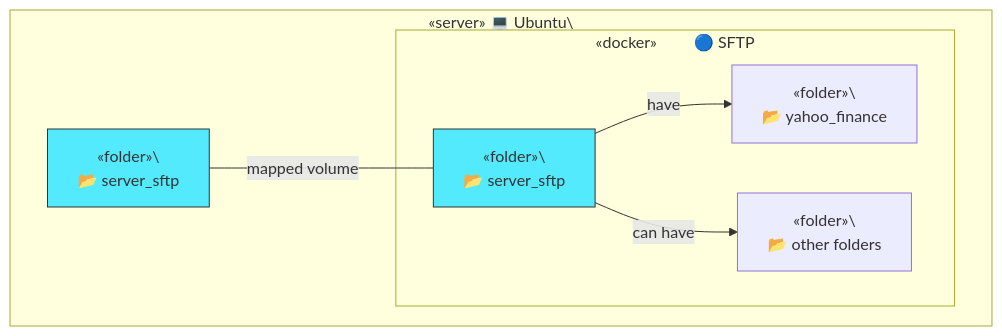
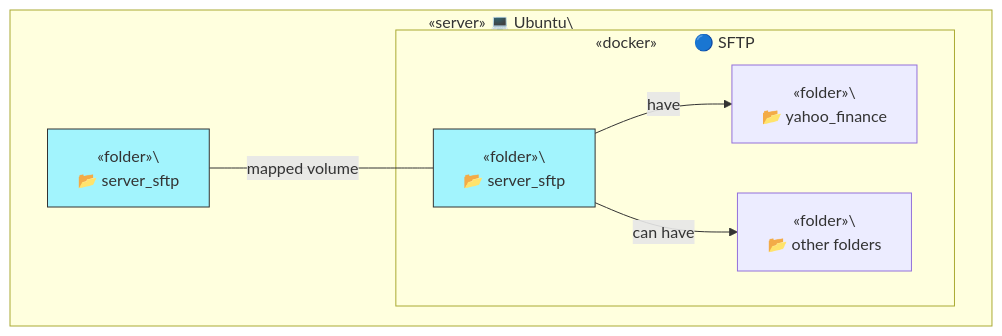
One commit to TrulyDigital/DATA_STREET changed the third of 4 diagrams in server_sftp/README.md. Above: the diagram before and after it, drawn with Mermaid.

Commit message:
update: server_sftp README.md

````diff
--- a/server_sftp/README.md
+++ b/server_sftp/README.md
@@ -30,21 +30,21 @@
 ```mermaid
 graph TD
     subgraph Container_A [«server» 💻 Ubuntu\<br/>]
         A1[«folder»\<br/> 📂 server_sftp]
         A1:::note_a1
         subgraph Container_B [«docker»&nbsp;&nbsp;&nbsp;&nbsp;&nbsp;&nbsp;&nbsp;&nbsp;&nbsp;🔵 SFTP]
             B1[«folder»\<br/> 📂 server_sftp]
             B1:::note_b1
             B2[«folder»\<br/> 📂 yahoo_finance]
             B3[«folder»\<br/> 📂 other folders]
         end
 
         A1 -- mapped volume --- B1
 
         B1 -- have --> B2
         B1 -- can have --> B3
 
-        classDef note_a1 fill:#53eafd,stroke:#333,stroke-width:1px;
-        classDef note_b1 fill:#53eafd,stroke:#333,stroke-width:1px;
+        classDef note_a1 fill:#a2f4fd,stroke:#333,stroke-width:1px;
+        classDef note_b1 fill:#a2f4fd,stroke:#333,stroke-width:1px;
     end
 ```
````
